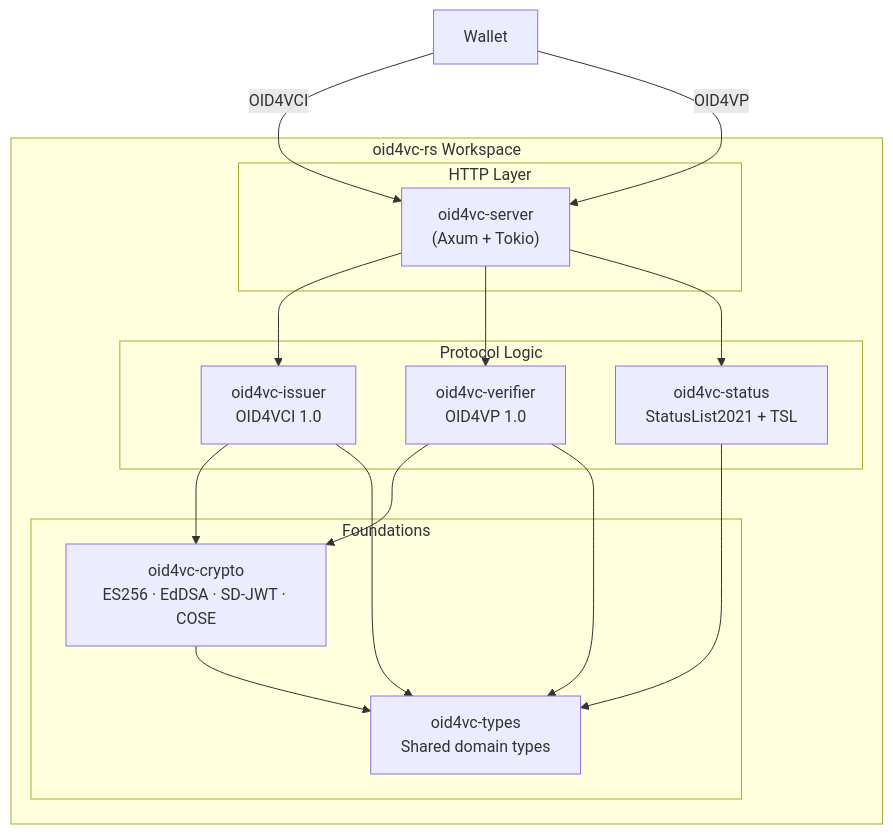
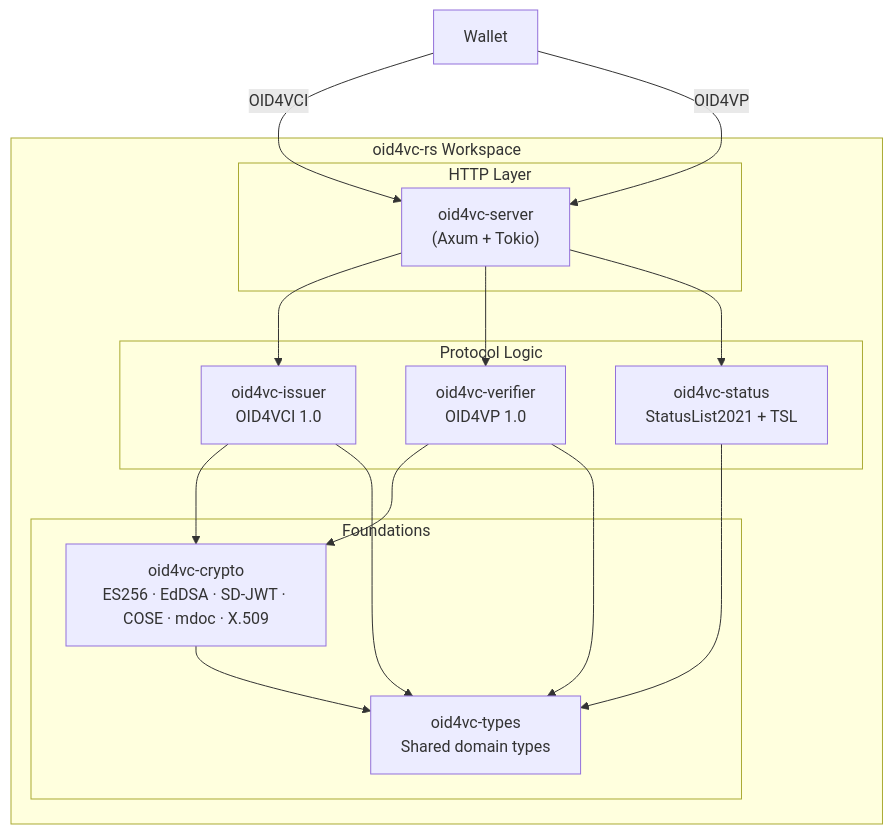
The diagram in README.md (itsahmadyaseen/oid4vc-rs), drawn with Mermaid before and after one commit. The commit also changed other lines of this file and 3 other files, not shown here.

````diff
--- a/README.md
+++ b/README.md
@@ -45,31 +58,31 @@
 ```mermaid
 graph TB
     subgraph "oid4vc-rs Workspace"
         subgraph "HTTP Layer"
             SERVER["oid4vc-server<br/>(Axum + Tokio)"]
         end
 
         subgraph "Protocol Logic"
             ISSUER["oid4vc-issuer<br/>OID4VCI 1.0"]
             VERIFIER["oid4vc-verifier<br/>OID4VP 1.0"]
             STATUS["oid4vc-status<br/>StatusList2021 + TSL"]
         end
 
         subgraph "Foundations"
-            CRYPTO["oid4vc-crypto<br/>ES256 · EdDSA · SD-JWT · COSE"]
+            CRYPTO["oid4vc-crypto<br/>ES256 · EdDSA · SD-JWT · COSE · mdoc · X.509"]
             TYPES["oid4vc-types<br/>Shared domain types"]
         end
     end
 
     WALLET["Wallet"] -->|OID4VCI| SERVER
     WALLET -->|OID4VP| SERVER
     SERVER --> ISSUER
     SERVER --> VERIFIER
     SERVER --> STATUS
     ISSUER --> CRYPTO
     ISSUER --> TYPES
     VERIFIER --> CRYPTO
     VERIFIER --> TYPES
     STATUS --> TYPES
     CRYPTO --> TYPES
 ```
````
